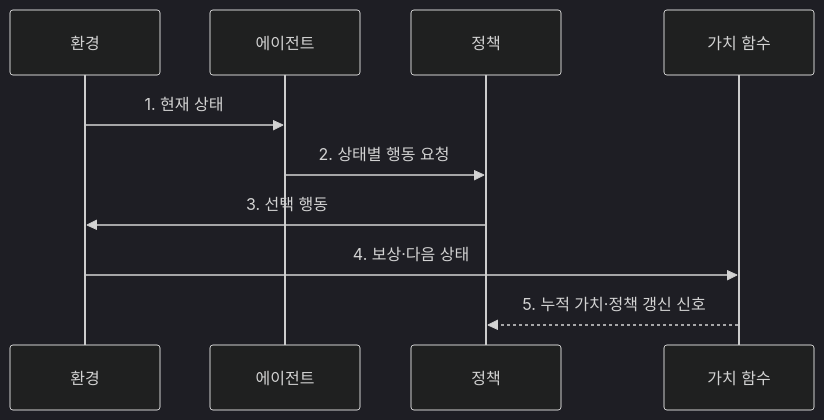
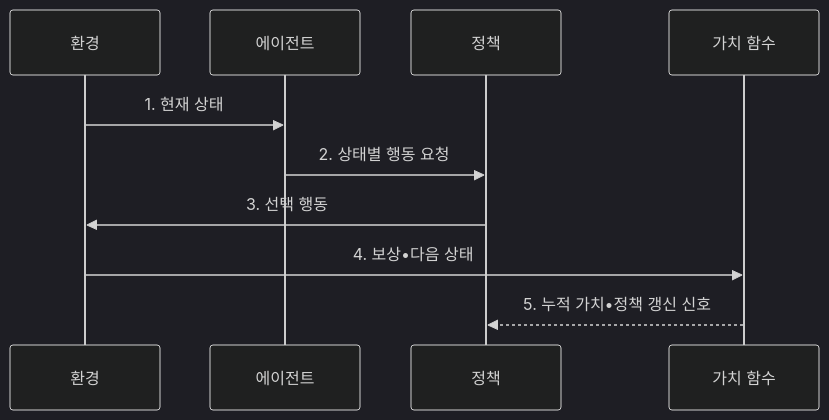
The second of 2 diagrams in src/content/docs/notes/08-latest-tech/095_reinforcement_learning.md (agnusdei1207/knowledge-base), drawn with Mermaid (dark theme) before and after one commit. The commit also changed other lines of this file and 953 other files, not shown here.

````diff
--- a/src/content/docs/notes/08-latest-tech/095_reinforcement_learning.md
+++ b/src/content/docs/notes/08-latest-tech/095_reinforcement_learning.md
@@ -106,12 +106,12 @@
 ```mermaid
 sequenceDiagram
   participant E as 환경
   participant A as 에이전트
   participant P as 정책
   participant V as 가치 함수
   E->>A: 1. 현재 상태
   A->>P: 2. 상태별 행동 요청
   P->>E: 3. 선택 행동
-  E->>V: 4. 보상·다음 상태
-  V-->>P: 5. 누적 가치·정책 갱신 신호
+  E->>V: 4. 보상•다음 상태
+  V-->>P: 5. 누적 가치•정책 갱신 신호
 ```
````
